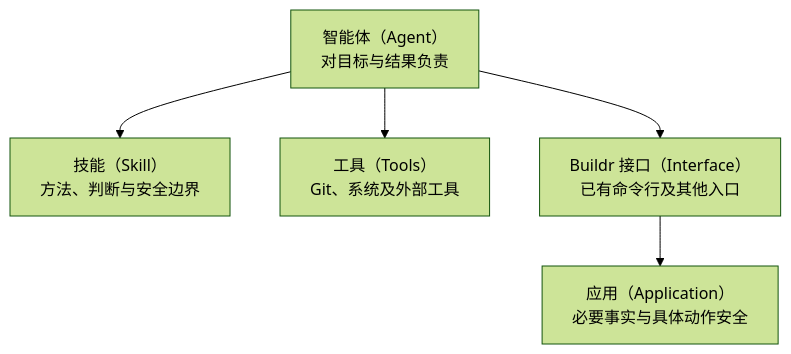
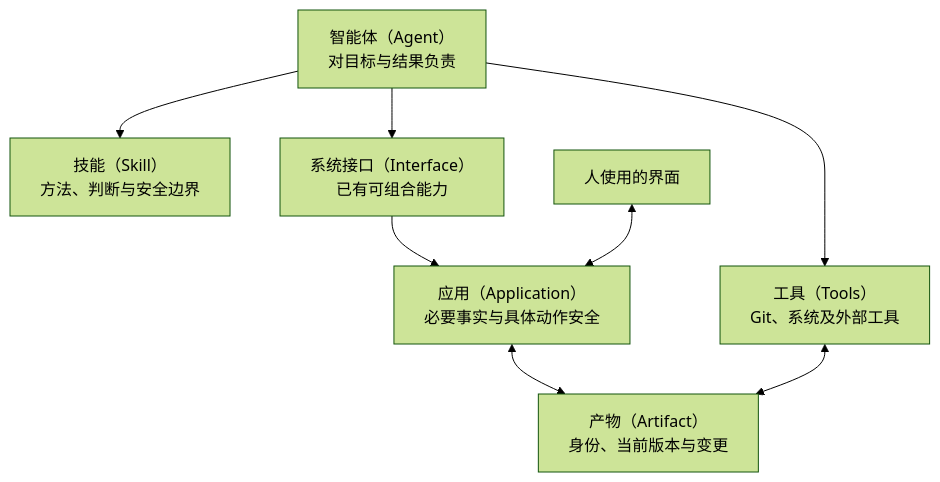
Before and after one commit to BuildrAI/Buildr: the diagram in projects/product/services/buildr/resources/workspace/skills/buildr/agent-first-design/SKILL.md, drawn with Mermaid (forest theme). The commit also changed other lines of this file and 16 other files, not shown here.

````diff
--- a/projects/product/services/buildr/resources/workspace/skills/buildr/agent-first-design/SKILL.md
+++ b/projects/product/services/buildr/resources/workspace/skills/buildr/agent-first-design/SKILL.md
@@ -22,12 +24,17 @@
 ```mermaid
 flowchart TB
     A["智能体（Agent）<br/>对目标与结果负责"]
     S["技能（Skill）<br/>方法、判断与安全边界"]
     T["工具（Tools）<br/>Git、系统及外部工具"]
-    I["Buildr 接口（Interface）<br/>已有命令行及其他入口"]
+    I["系统接口（Interface）<br/>已有可组合能力"]
     P["应用（Application）<br/>必要事实与具体动作安全"]
+    F["产物（Artifact）<br/>身份、当前版本与变更"]
+    H["人使用的界面"]
     A --> S
     A --> T
     A --> I
     I --> P
+    P <--> F
+    T <--> F
+    H <--> P
 ```
````
